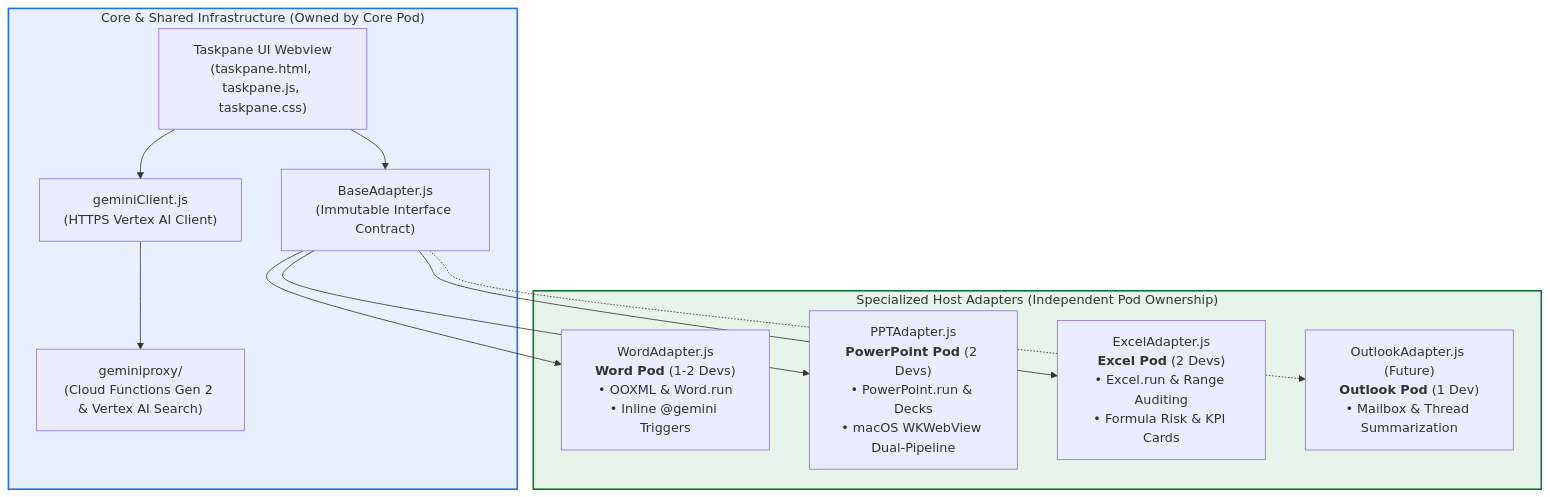
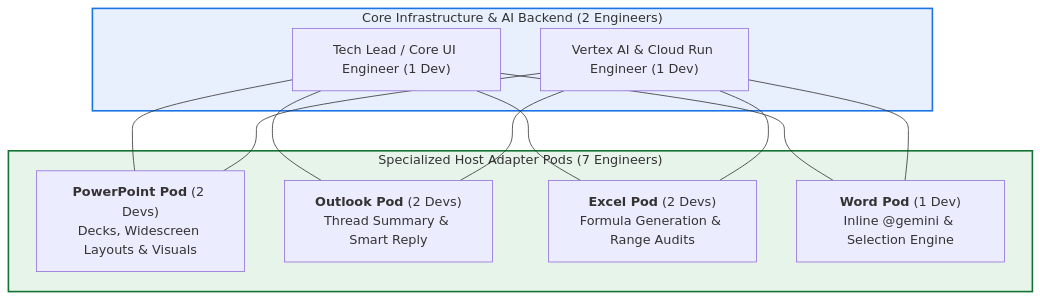
One commit to guruvittal/gemini-for-office-365 changed the first of 2 diagrams in TEAM_PLANNING.md. Above: the diagram before and after it, drawn with Mermaid. The commit also changed other lines of this file, not shown here.

Commit message:
docs: update 5-week engineering plan with Outlook pod and 9-engineer allocation

````diff
--- a/TEAM_PLANNING.md
+++ b/TEAM_PLANNING.md
@@ -19,27 +12,26 @@
 ```mermaid
 graph TB
-    subgraph CoreLayer ["Core & Shared Infrastructure (Owned by Core Pod)"]
-        TaskpaneUI["Taskpane UI Webview<br/>(taskpane.html, taskpane.js, taskpane.css)"]
-        BaseContract["BaseAdapter.js<br/>(Immutable Interface Contract)"]
-        ClientEngine["geminiClient.js<br/>(HTTPS Vertex AI Client)"]
-        BackendProxy["geminiproxy/<br/>(Cloud Functions Gen 2 & Vertex AI Search)"]
+    subgraph CoreSquad ["Core Infrastructure & AI Backend (2 Engineers)"]
+        LeadDev["Tech Lead / Core UI Engineer (1 Dev)"]
+        BackendDev["Vertex AI & Cloud Run Engineer (1 Dev)"]
     end
 
-    subgraph SpecializedAdapters ["Specialized Host Adapters (Independent Pod Ownership)"]
-        WordPod["WordAdapter.js<br/><b>Word Pod</b> (1-2 Devs)<br/>• OOXML & Word.run<br/>• Inline @gemini Triggers"]
-        PPTPod["PPTAdapter.js<br/><b>PowerPoint Pod</b> (2 Devs)<br/>• PowerPoint.run & Decks<br/>• macOS WKWebView Dual-Pipeline"]
-        ExcelPod["ExcelAdapter.js<br/><b>Excel Pod</b> (2 Devs)<br/>• Excel.run & Range Auditing<br/>• Formula Risk & KPI Cards"]
-        OutlookPod["OutlookAdapter.js (Future)<br/><b>Outlook Pod</b> (1 Dev)<br/>• Mailbox & Thread Summarization"]
+    subgraph HostPods ["Specialized Host Adapter Pods (7 Engineers)"]
+        PPTPod["<b>PowerPoint Pod</b> (2 Devs)<br/>Decks, Widescreen Layouts & Visuals"]
+        OutlookPod["<b>Outlook Pod</b> (2 Devs)<br/>Thread Summary & Smart Reply"]
+        ExcelPod["<b>Excel Pod</b> (2 Devs)<br/>Formula Generation & Range Audits"]
+        WordPod["<b>Word Pod</b> (1 Dev)<br/>Inline @gemini & Selection Engine"]
     end
 
-    TaskpaneUI --> BaseContract
-    BaseContract --> WordPod
-    BaseContract --> PPTPod
-    BaseContract --> ExcelPod
-    BaseContract -.-> OutlookPod
-    TaskpaneUI --> ClientEngine
-    ClientEngine --> BackendProxy
+    LeadDev --- PPTPod
+    LeadDev --- OutlookPod
+    LeadDev --- ExcelPod
+    LeadDev --- WordPod
+    BackendDev --- PPTPod
+    BackendDev --- OutlookPod
+    BackendDev --- ExcelPod
+    BackendDev --- WordPod
 
-    style CoreLayer fill:#e8f0fe,stroke:#1a73e8,stroke-width:2px;
-    style SpecializedAdapters fill:#e6f4ea,stroke:#137333,stroke-width:2px;
+    style CoreSquad fill:#e8f0fe,stroke:#1a73e8,stroke-width:2px;
+    style HostPods fill:#e6f4ea,stroke:#137333,stroke-width:2px;
 ```
````
